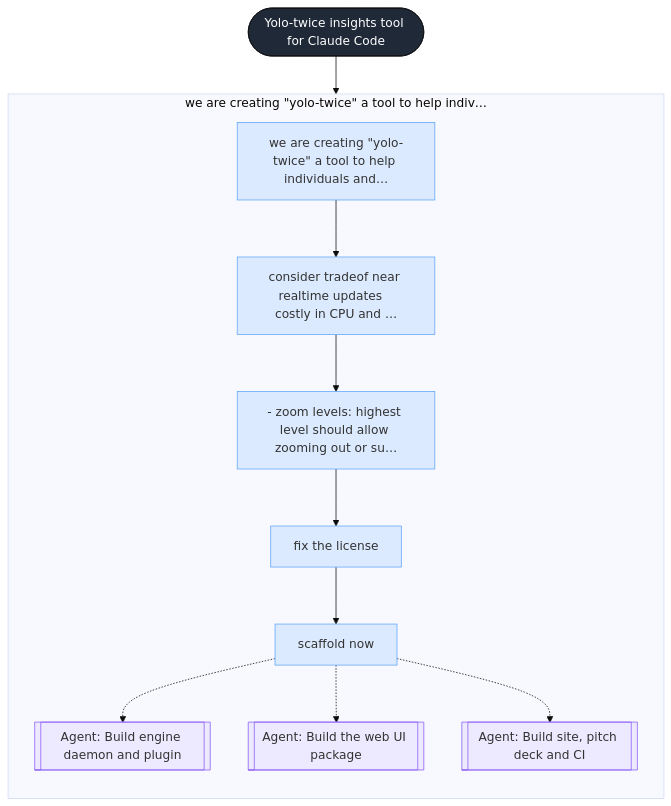
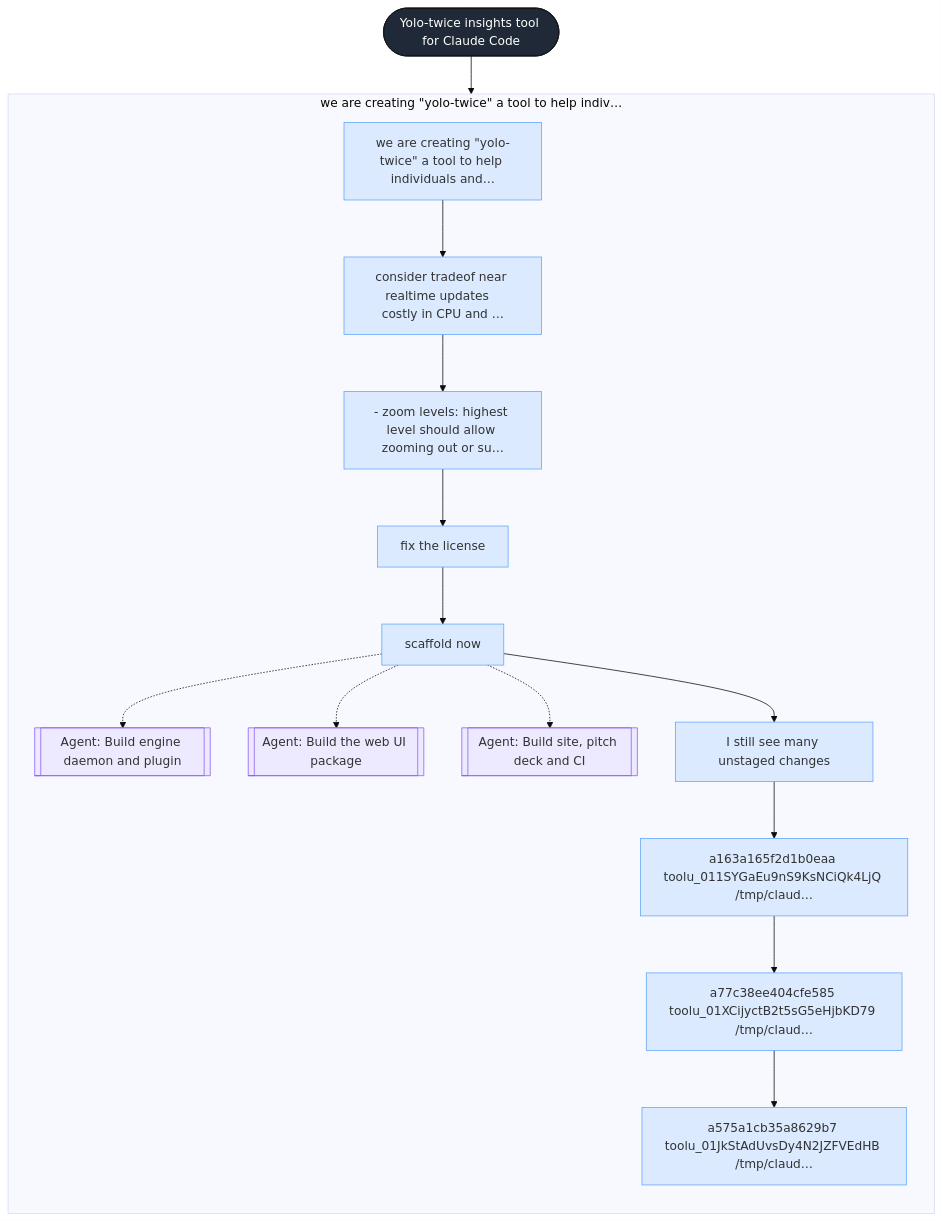
Before and after one commit to bar9/yolo-twice: the diagram in .yolo-twice/sessions/34b27ceb-5af1-4142-8334-ab80a4310636/graph.mmd, drawn with Mermaid (base theme). The commit also changed 4 other files, not shown here.

```diff
--- a/.yolo-twice/sessions/34b27ceb-5af1-4142-8334-ab80a4310636/graph.mmd
+++ b/.yolo-twice/sessions/34b27ceb-5af1-4142-8334-ab80a4310636/graph.mmd
@@ -1,39 +1,51 @@
 flowchart TD
   s_34b27ceb_5af1_4142_8334_ab80a4310636(["Yolo-twice insights tool for Claude Code"])
   subgraph p1 ["we are creating #quot;yolo-twice#quot; a tool to help indiv…"]
     direction TD
     t1["we are creating #quot;yolo-twice#quot; a tool to help individuals and…"]
     t2["consider tradeof near realtime updates   costly in CPU and …"]
     t3["- zoom levels: highest level should allow zooming out or su…"]
     t4["fix the license"]
     t5["scaffold now"]
     t5_s51[["Agent: Build engine daemon and plugin"]]
     t5_s52[["Agent: Build the web UI package"]]
     t5_s53[["Agent: Build site, pitch deck and CI"]]
+    t6["I still see many unstaged changes"]
+    t7["a163a165f2d1b0eaa toolu_011SYGaEu9nS9KsNCiQk4LjQ /tmp/claud…"]
+    t8["a77c38ee404cfe585 toolu_01XCijyctB2t5sG5eHjbKD79 /tmp/claud…"]
+    t9["a575a1cb35a8629b7 toolu_01JkStAdUvsDy4N2JZFVEdHB /tmp/claud…"]
   end
   s_34b27ceb_5af1_4142_8334_ab80a4310636 --> t1
   t1 --> t2
   t2 --> t3
   t3 --> t4
   t4 --> t5
   t5 -.-> t5_s51
   t5 -.-> t5_s52
   t5 -.-> t5_s53
+  t5 --> t6
+  t6 --> t7
+  t7 --> t8
+  t8 --> t9
   classDef session fill:#1f2937,color:#fff,stroke:#111;
   classDef phase fill:#e5e7eb,stroke:#9ca3af;
   classDef turn fill:#dbeafe,stroke:#60a5fa;
   classDef branch fill:#fde68a,stroke:#d97706;
   classDef subagent fill:#ede9fe,stroke:#8b5cf6;
   classDef tool fill:#dcfce7,stroke:#22c55e;
   classDef error fill:#fee2e2,stroke:#ef4444;
   classDef text fill:#f3f4f6,stroke:#9ca3af;
   classDef thinking fill:#f3f4f6,stroke:#d1d5db,stroke-dasharray: 3 3;
   class s_34b27ceb_5af1_4142_8334_ab80a4310636 session;
   class t1 turn;
   class t2 turn;
   class t3 turn;
   class t4 turn;
   class t5 turn;
   class t5_s51 subagent;
   class t5_s52 subagent;
   class t5_s53 subagent;
+  class t6 turn;
+  class t7 turn;
+  class t8 turn;
+  class t9 turn;
```
